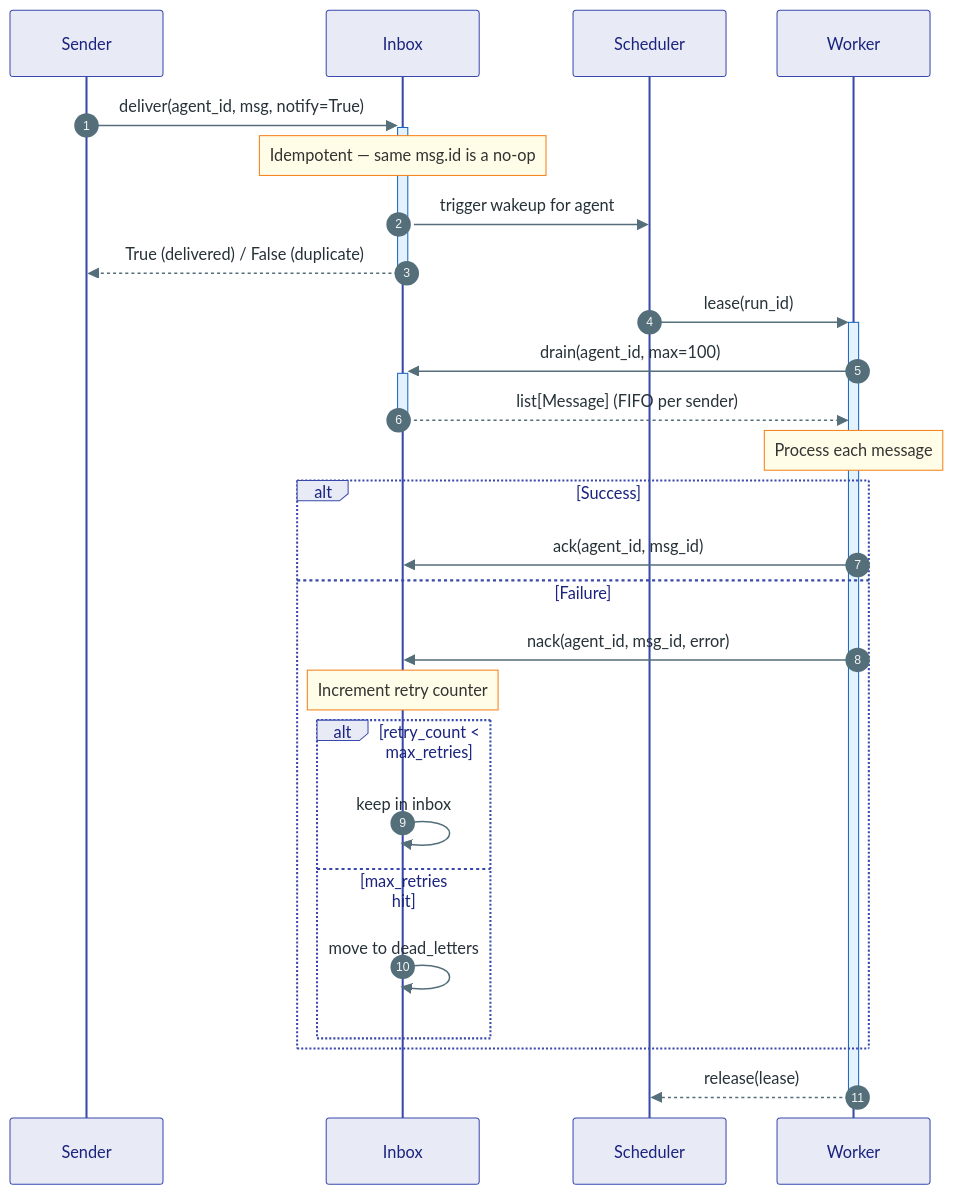
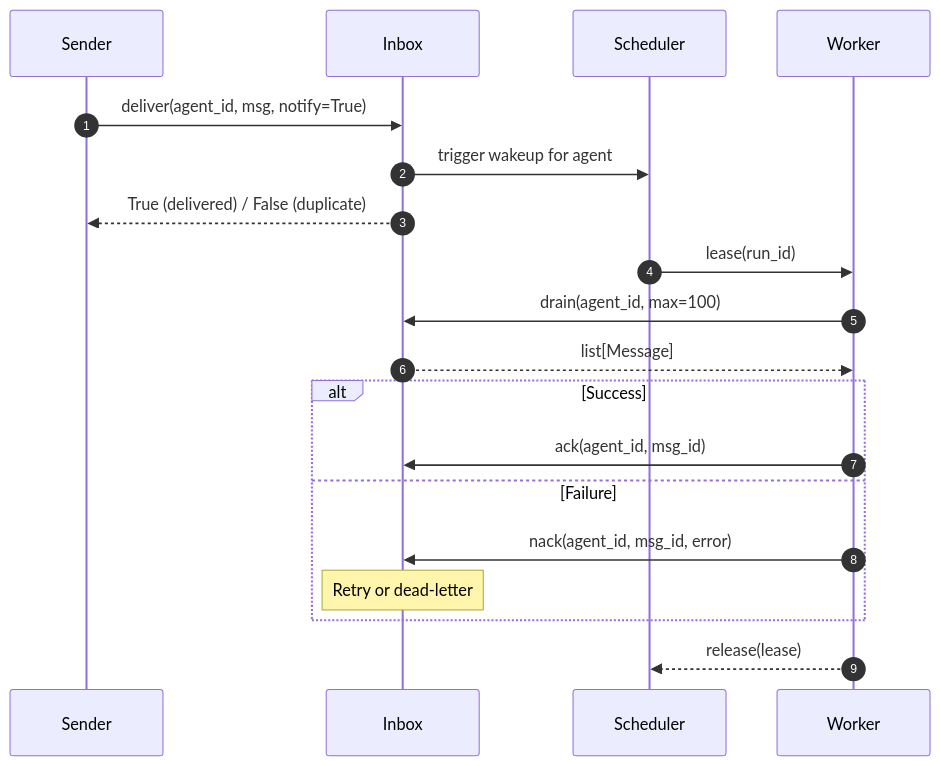
One commit to Ravikumarchavva/agent-substrate changed the third of 5 diagrams in agents/agent-substrate/docs/kernel/07-runtime.md. Above: the diagram before and after it, drawn with Mermaid. The commit also changed other lines of this file and 11 other files, not shown here.

Commit message:
docs: refactor architecture documentation and update diagrams across the kernel module.

````diff
--- a/agents/agent-substrate/docs/kernel/07-runtime.md
+++ b/agents/agent-substrate/docs/kernel/07-runtime.md
@@ -148,33 +99,25 @@
 ```mermaid
-%%{init: {'theme': 'base', 'themeVariables': {'actorBkg': '#E8EAF6','actorBorder': '#3949AB','actorTextColor': '#1A237E','activationBkgColor': '#E3F2FD','activationBorderColor': '#1565C0','noteBkgColor': '#FFFDE7','noteBorderColor': '#F57F17','signalColor': '#546E7A','signalTextColor': '#263238','fontSize': '13px'}}}%%
 sequenceDiagram
     autonumber
     participant Sender
     participant Inbox
     participant Scheduler
     participant Worker
 
-    Sender->>+Inbox: deliver(agent_id, msg, notify=True)
-    Note over Inbox: Idempotent — same msg.id is a no-op
+    Sender->>Inbox: deliver(agent_id, msg, notify=True)
     Inbox->>Scheduler: trigger wakeup for agent
-    Inbox-->>-Sender: True (delivered) / False (duplicate)
+    Inbox-->>Sender: True (delivered) / False (duplicate)
 
-    Scheduler->>+Worker: lease(run_id)
-    Worker->>+Inbox: drain(agent_id, max=100)
-    Inbox-->>-Worker: list[Message] (FIFO per sender)
-    Note over Worker: Process each message
+    Scheduler->>Worker: lease(run_id)
+    Worker->>Inbox: drain(agent_id, max=100)
+    Inbox-->>Worker: list[Message]
 
     alt Success
         Worker->>Inbox: ack(agent_id, msg_id)
     else Failure
         Worker->>Inbox: nack(agent_id, msg_id, error)
-        Note over Inbox: Increment retry counter
-        alt retry_count < max_retries
-            Inbox->>Inbox: keep in inbox
-        else max_retries hit
-            Inbox->>Inbox: move to dead_letters
-        end
+        Note over Inbox: Retry or dead-letter
     end
 
-    Worker-->>-Scheduler: release(lease)
+    Worker-->>Scheduler: release(lease)
 ```
````
